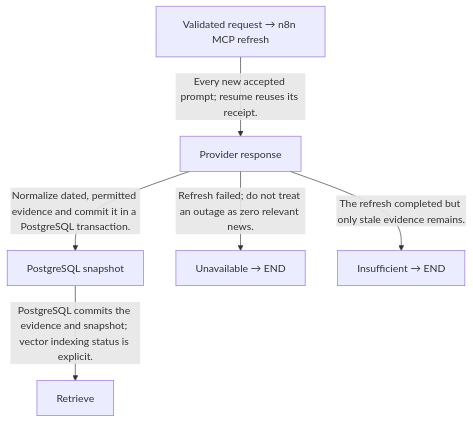
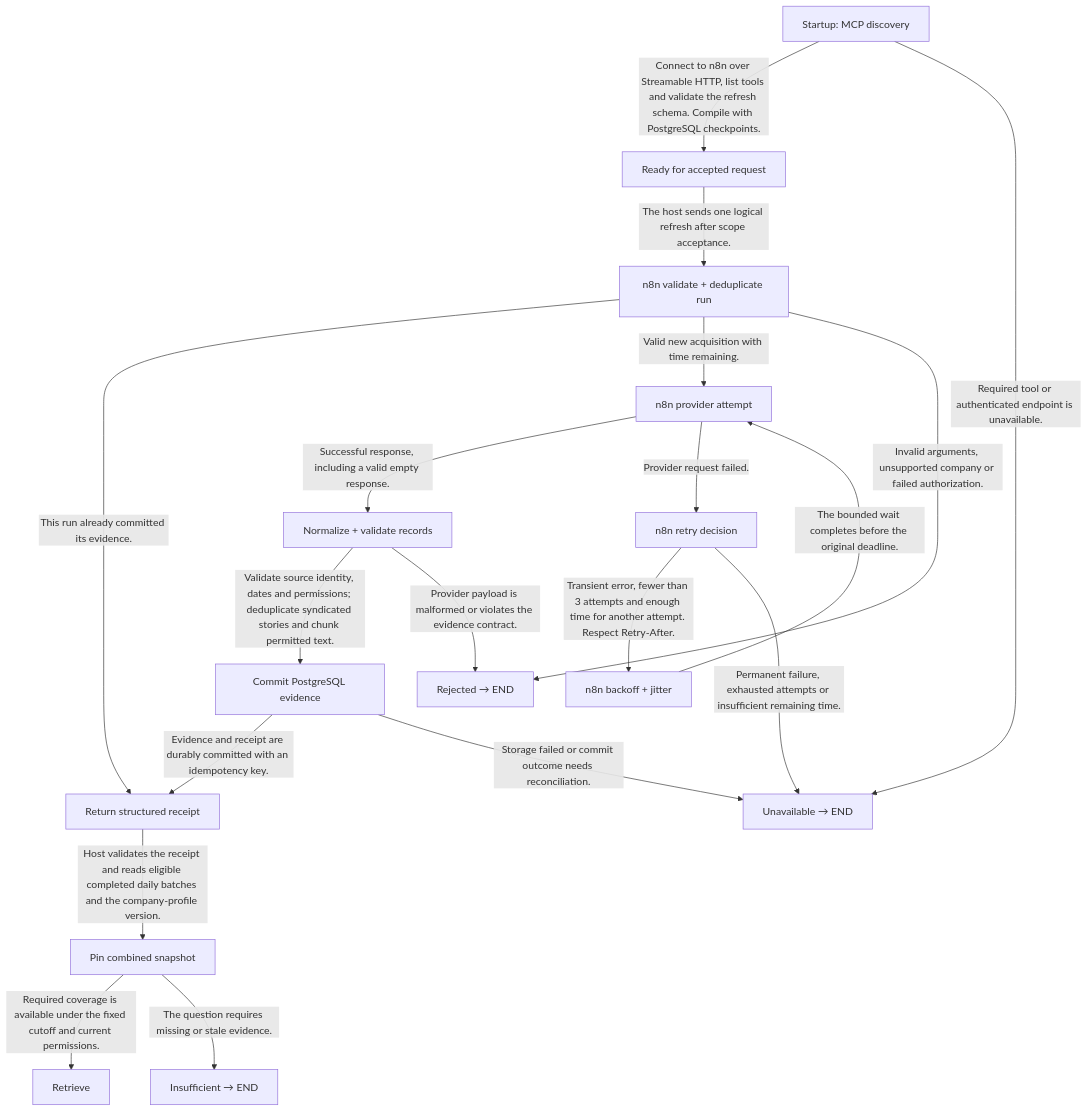
One commit to ByronHo68/ai-learning-academy changed the second of 11 diagrams in docs/FINANCIAL_REPORT_PROJECT.md. Above: the diagram before and after it, drawn with Mermaid. The commit also changed other lines of this file and 36 other files, not shown here.

Commit message:
Expand n8n news workflow with daily context and evidence snapshots

````diff
--- a/docs/FINANCIAL_REPORT_PROJECT.md
+++ b/docs/FINANCIAL_REPORT_PROJECT.md
@@ -625,14 +696,35 @@
 ```mermaid
 flowchart TD
-  n0["Validated request → n8n MCP refresh"]
-  n1["Provider response"]
-  n2["PostgreSQL snapshot"]
-  n3["Unavailable → END"]
-  n4["Insufficient → END"]
-  n5["Retrieve"]
-  n0 -->|"Every new accepted prompt; resume reuses its receipt."| n1
-  n1 -->|"Normalize dated, permitted evidence and commit it in a PostgreSQL transaction."| n2
-  n1 -->|"Refresh failed; do not treat an outage as zero relevant news."| n3
-  n1 -->|"The refresh completed but only stale evidence remains."| n4
-  n2 -->|"PostgreSQL commits the evidence and snapshot; vector indexing status is explicit."| n5
+  n0["Startup: MCP discovery"]
+  n1["Ready for accepted request"]
+  n2["Unavailable → END"]
+  n3["n8n validate + deduplicate run"]
+  n4["Return structured receipt"]
+  n5["n8n provider attempt"]
+  n6["Rejected → END"]
+  n7["Normalize + validate records"]
+  n8["n8n retry decision"]
+  n9["n8n backoff + jitter"]
+  n10["Commit PostgreSQL evidence"]
+  n11["Pin combined snapshot"]
+  n12["Retrieve"]
+  n13["Insufficient → END"]
+  n0 -->|"Connect to n8n over Streamable HTTP, list tools and validate the refresh schema. Compile with PostgreSQL checkpoints."| n1
+  n0 -->|"Required tool or authenticated endpoint is unavailable."| n2
+  n1 -->|"The host sends one logical refresh after scope acceptance."| n3
+  n3 -->|"This run already committed its evidence."| n4
+  n3 -->|"Valid new acquisition with time remaining."| n5
+  n3 -->|"Invalid arguments, unsupported company or failed authorization."| n6
+  n5 -->|"Successful response, including a valid empty response."| n7
+  n5 -->|"Provider request failed."| n8
+  n8 -->|"Transient error, fewer than 3 attempts and enough time for another attempt. Respect Retry-After."| n9
+  n9 -->|"The bounded wait completes before the original deadline."| n5
+  n8 -->|"Permanent failure, exhausted attempts or insufficient remaining time."| n2
+  n7 -->|"Validate source identity, dates and permissions; deduplicate syndicated stories and chunk permitted text."| n10
+  n7 -->|"Provider payload is malformed or violates the evidence contract."| n6
+  n10 -->|"Evidence and receipt are durably committed with an idempotency key."| n4
+  n10 -->|"Storage failed or commit outcome needs reconciliation."| n2
+  n4 -->|"Host validates the receipt and reads eligible completed daily batches and the company-profile version."| n11
+  n11 -->|"Required coverage is available under the fixed cutoff and current permissions."| n12
+  n11 -->|"The question requires missing or stale evidence."| n13
 ```
````
